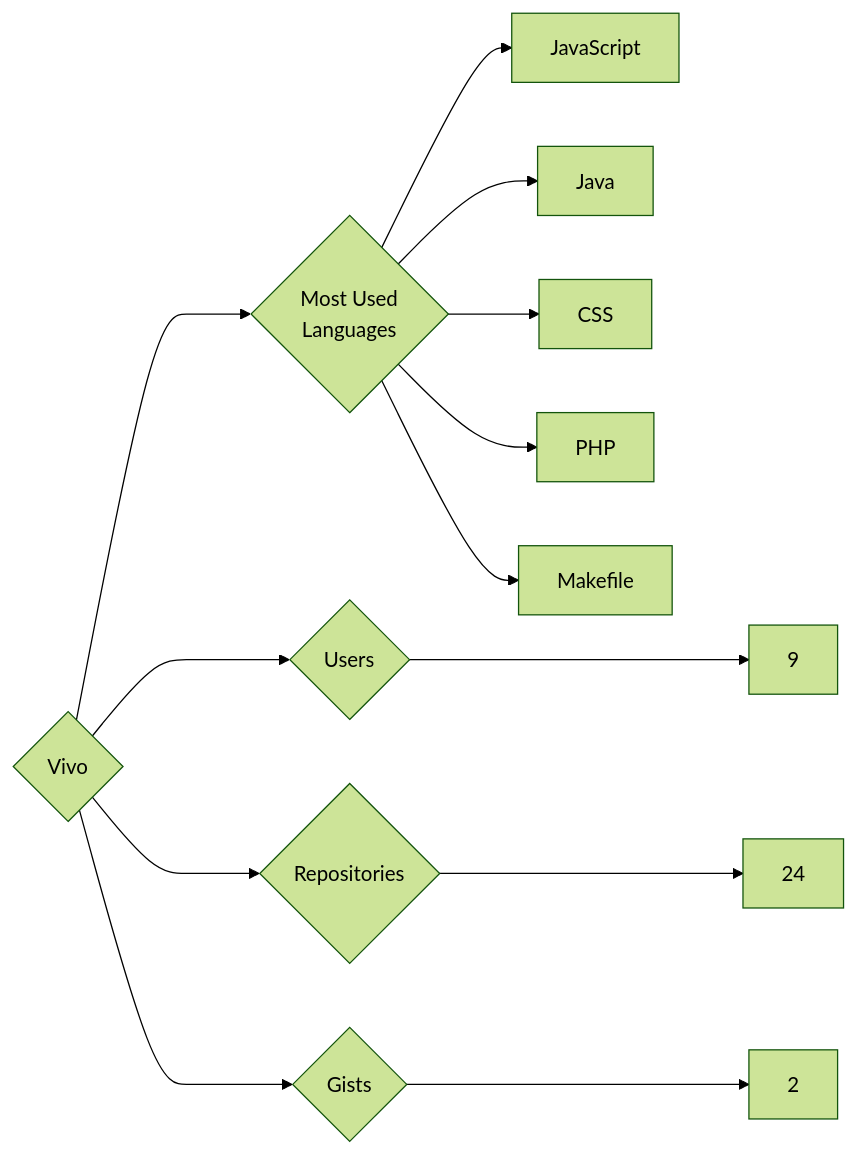
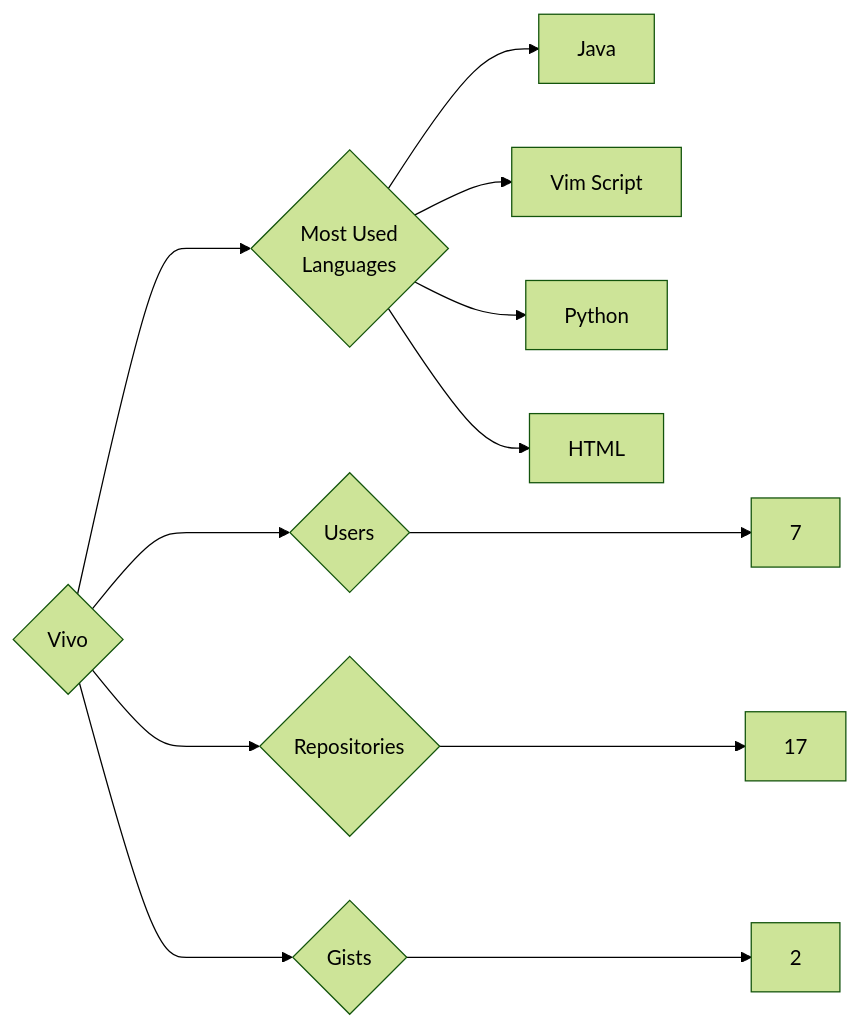
One commit to trickest/insiders changed the diagram in targets/Vivo/README.md. Above: the diagram before and after it, drawn with Mermaid (forest theme). The commit also changed 1484 other files, not shown here.

````diff
--- a/targets/Vivo/README.md
+++ b/targets/Vivo/README.md
@@ -3,13 +3,12 @@
 ```mermaid
 graph LR
 COMPANY_NAME{Vivo}
-COMPANY_NAME ---> U{Users} ---> UN[9]
-COMPANY_NAME ---> R{Repositories} ---> RN[24]
+COMPANY_NAME ---> U{Users} ---> UN[7]
+COMPANY_NAME ---> R{Repositories} ---> RN[17]
 COMPANY_NAME ---> G{Gists} ---> GN[2]
 COMPANY_NAME ---> ML{Most Used<br>Languages}
-ML --> JavaScript[JavaScript]
 ML --> Java[Java]
-ML --> CSS[CSS]
-ML --> PHP[PHP]
-ML --> Makefile[Makefile]
+ML --> Vim_Script[Vim Script]
+ML --> Python[Python]
+ML --> HTML[HTML]
 ```
````
